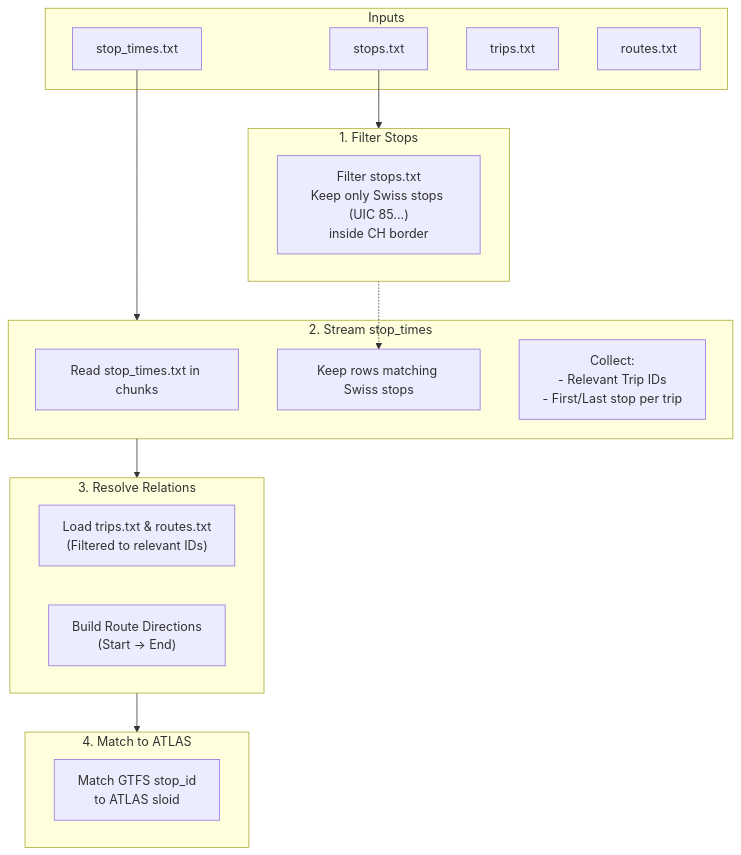
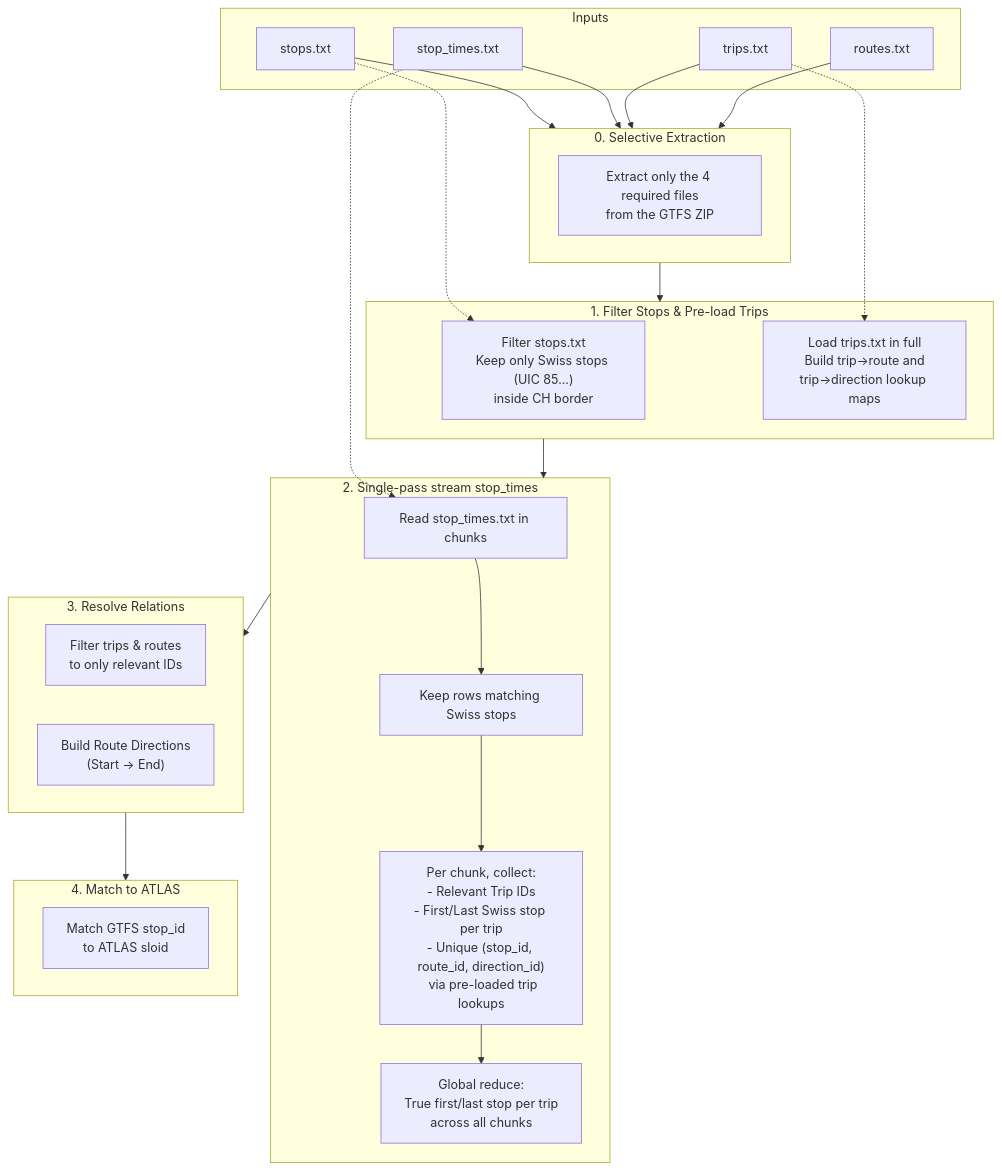
One commit to openTdataCH/stop_sync_osm_atlas changed the diagram in documentation/1.2.1 GTFS ATLAS data.md. Above: the diagram before and after it, drawn with Mermaid. The commit also changed other lines of this file and 66 other files, not shown here.

````diff
--- a/documentation/1.2.1 GTFS ATLAS data.md
+++ b/documentation/1.2.1 GTFS ATLAS data.md
@@ -22,34 +41,49 @@
 ```mermaid
 flowchart TD
     subgraph Inputs
         S["stops.txt"]
         ST["stop_times.txt"]
         T["trips.txt"]
         R["routes.txt"]
     end
 
-    subgraph Step1["1. Filter Stops"]
-        F1["Filter stops.txt<br/>Keep only Swiss stops (UIC 85...)<br/>inside CH border"]
+    subgraph Step0["0. Selective Extraction"]
+        F0["Extract only the 4 required files<br/>from the GTFS ZIP"]
     end
 
-    subgraph Step2["2. Stream stop_times"]
+    subgraph Step1["1. Filter Stops & Pre-load Trips"]
+        F1["Filter stops.txt<br/>Keep only Swiss stops (UIC 85...)<br/>inside CH border"]
+        F1B["Load trips.txt in full<br/>Build trip→route and<br/>trip→direction lookup maps"]
+    end
+
+    subgraph Step2["2. Single-pass stream stop_times"]
         F2["Read stop_times.txt in chunks"]
         F3["Keep rows matching Swiss stops"]
-        F4["Collect:<br/>- Relevant Trip IDs<br/>- First/Last stop per trip"]
+        F4["Per chunk, collect:<br/>- Relevant Trip IDs<br/>- First/Last Swiss stop per trip<br/>- Unique (stop_id, route_id, direction_id)<br/>&nbsp;&nbsp;via pre-loaded trip lookups"]
+        F4B["Global reduce:<br/>True first/last stop per trip<br/>across all chunks"]
     end
 
     subgraph Step3["3. Resolve Relations"]
-        F5["Load trips.txt & routes.txt<br/>(Filtered to relevant IDs)"]
+        F5["Filter trips & routes<br/>to only relevant IDs"]
         F6["Build Route Directions<br/>(Start → End)"]
     end
 
     subgraph Step4["4. Match to ATLAS"]
         M1["Match GTFS stop_id<br/>to ATLAS sloid"]
     end
 
-    S --> Step1
-    ST --> Step2
-    Step1 -.-> F3
+    S --> Step0
+    ST --> Step0
+    T --> Step0
+    R --> Step0
+    Step0 --> Step1
+    S -.-> F1
+    T -.-> F1B
+    Step1 --> Step2
+    ST -.-> F2
+    F2 --> F3
+    F3 --> F4
+    F4 --> F4B
     Step2 --> Step3
     Step3 --> Step4
 ```
````
